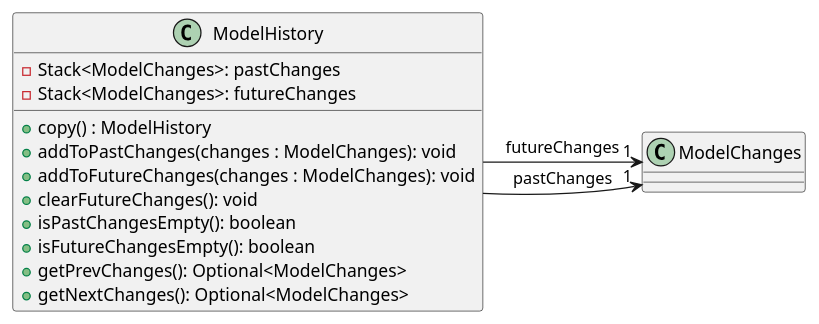
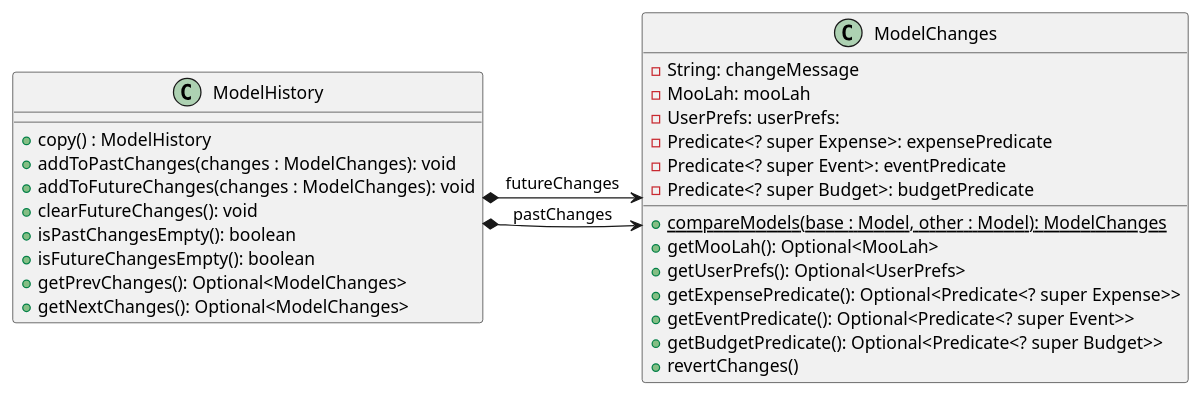
The diagram in docs/diagrams/undoredo/ModelHistory.puml (nus-cs2103-AY1920S1/addressbook-level3), drawn with PlantUML before and after one commit. The commit also changed 8 other files, not shown here.

```diff
--- a/docs/diagrams/undoredo/ModelHistory.puml
+++ b/docs/diagrams/undoredo/ModelHistory.puml
@@ -1,22 +1,33 @@
 @startuml
 
 class ModelHistory {
--Stack<ModelChanges>: pastChanges
--Stack<ModelChanges>: futureChanges
 +copy() : ModelHistory
 +addToPastChanges(changes : ModelChanges): void
 +addToFutureChanges(changes : ModelChanges): void
 +clearFutureChanges(): void
 +isPastChangesEmpty(): boolean
 +isFutureChangesEmpty(): boolean
 +getPrevChanges(): Optional<ModelChanges>
 +getNextChanges(): Optional<ModelChanges>
 }
 
 class ModelChanges {
+-String: changeMessage
+-MooLah: mooLah
+-UserPrefs: userPrefs:
+-Predicate<? super Expense>: expensePredicate
+-Predicate<? super Event>: eventPredicate
+-Predicate<? super Budget>: budgetPredicate
++{static}compareModels(base : Model, other : Model): ModelChanges
++getMooLah(): Optional<MooLah>
++getUserPrefs(): Optional<UserPrefs>
++getExpensePredicate(): Optional<Predicate<? super Expense>>
++getEventPredicate(): Optional<Predicate<? super Event>>
++getBudgetPredicate(): Optional<Predicate<? super Budget>>
++revertChanges()
 }
 
-ModelHistory -right-> "1" ModelChanges : pastChanges
-ModelHistory -right-> "1" ModelChanges : futureChanges
+ModelHistory *-right-> ModelChanges : pastChanges
+ModelHistory *-right-> ModelChanges : futureChanges
 
 @enduml
```
